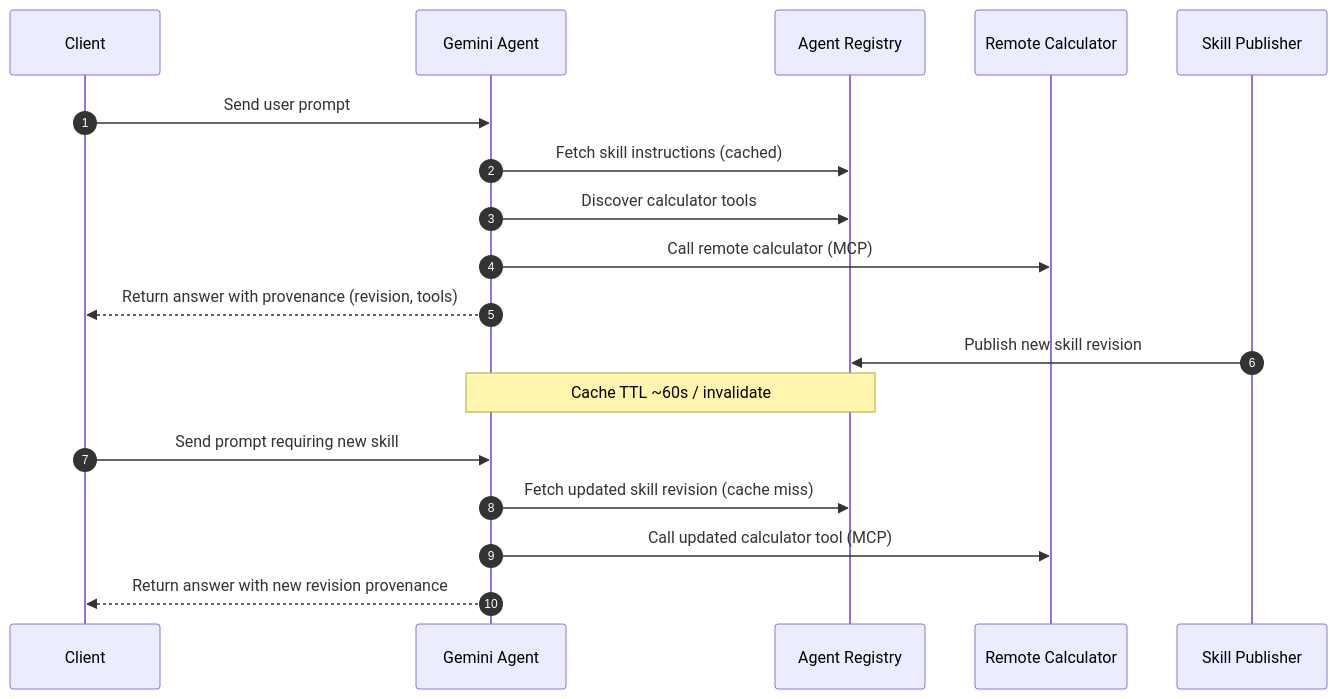
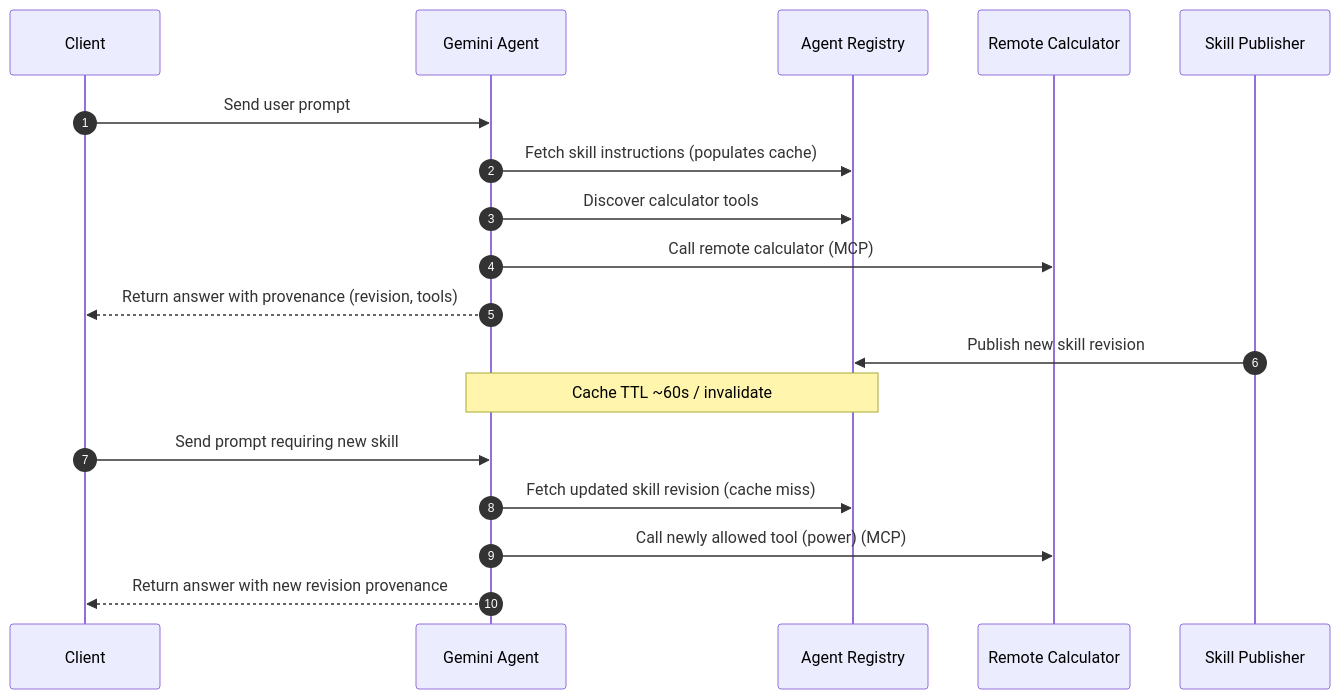
Before and after one commit to ssvaidyanathan/autocloud-prototypes: the diagram in agent-registry-demo/README.md, drawn with Mermaid.

Commit message:
docs(agent-registry-demo): address review feedback on simplified sequence diagram
- Clarify step 2 outbound request populates cache rather than reading from it
- Clarify step 9 invokes newly allowed tool (power) rather than updated calculator

````diff
--- a/agent-registry-demo/README.md
+++ b/agent-registry-demo/README.md
@@ -148,21 +148,21 @@
 ```mermaid
 sequenceDiagram
     autonumber
     participant Client as Client
     participant Agent as Gemini Agent
     participant Registry as Agent Registry
     participant Calculator as Remote Calculator
     participant Publisher as Skill Publisher
 
     Client->>Agent: Send user prompt
-    Agent->>Registry: Fetch skill instructions (cached)
+    Agent->>Registry: Fetch skill instructions (populates cache)
     Agent->>Registry: Discover calculator tools
     Agent->>Calculator: Call remote calculator (MCP)
     Agent-->>Client: Return answer with provenance (revision, tools)
     Publisher->>Registry: Publish new skill revision
     Note over Agent,Registry: Cache TTL ~60s / invalidate
     Client->>Agent: Send prompt requiring new skill
     Agent->>Registry: Fetch updated skill revision (cache miss)
-    Agent->>Calculator: Call updated calculator tool (MCP)
+    Agent->>Calculator: Call newly allowed tool (power) (MCP)
     Agent-->>Client: Return answer with new revision provenance
 ```
````
